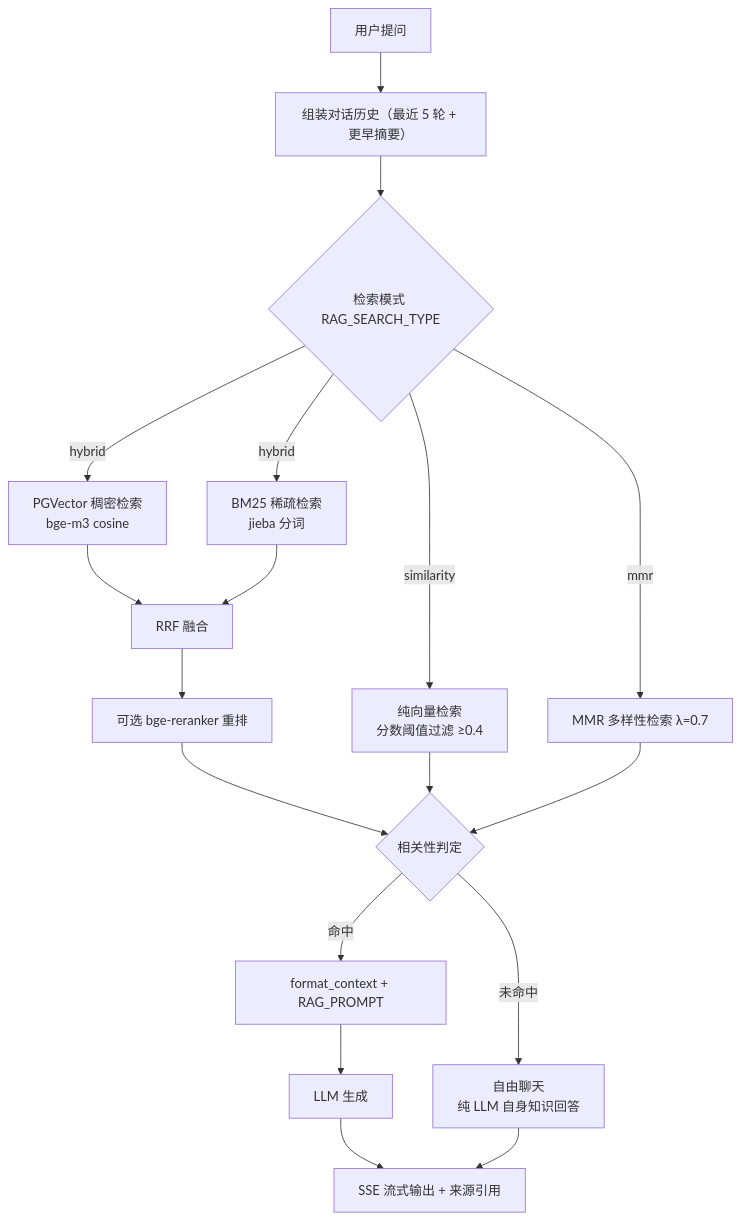
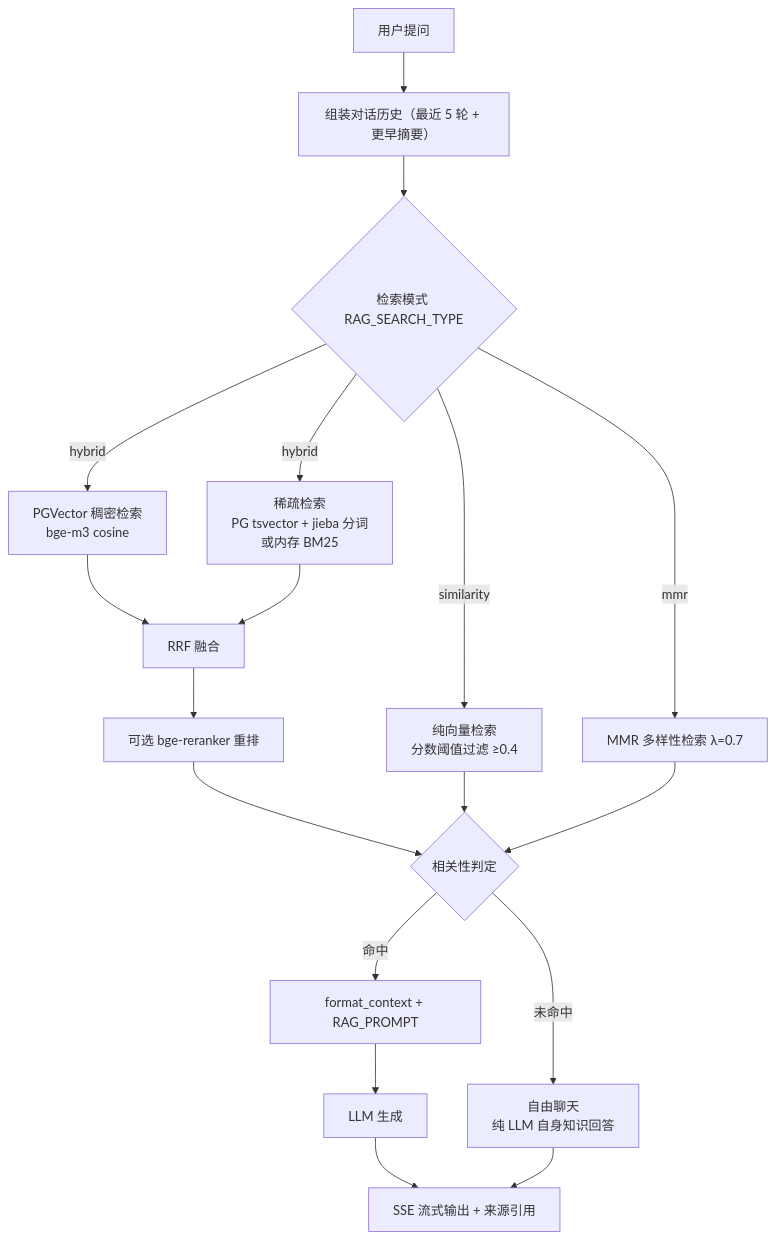
One commit to zqc1661586344/zz-demand-system changed the second of 2 diagrams in README.md. Above: the diagram before and after it, drawn with Mermaid. The commit also changed other lines of this file, not shown here.

````diff
--- a/README.md
+++ b/README.md
@@ -179,20 +180,20 @@
 ```mermaid
 flowchart TD
     Q["用户提问"] --> H["组装对话历史（最近 5 轮 + 更早摘要）"]
     H --> D{"检索模式 RAG_SEARCH_TYPE"}
     D -->|hybrid| DH["PGVector 稠密检索<br/>bge-m3 cosine"]
-    D -->|hybrid| SH["BM25 稀疏检索<br/>jieba 分词"]
+    D -->|hybrid| SH["稀疏检索<br/>PG tsvector + jieba 分词<br/>或内存 BM25"]
     DH --> F["RRF 融合"]
     SH --> F
     F --> R["可选 bge-reranker 重排"]
     D -->|similarity| SV["纯向量检索<br/>分数阈值过滤 ≥0.4"]
     D -->|mmr| MM["MMR 多样性检索 λ=0.7"]
     R --> G{"相关性判定"}
     SV --> G
     MM --> G
     G -->|命中| C["format_context + RAG_PROMPT"]
     C --> L["LLM 生成"]
     L --> A["SSE 流式输出 + 来源引用"]
     G -->|未命中| FC["自由聊天<br/>纯 LLM 自身知识回答"]
     FC --> A
 ```
````
